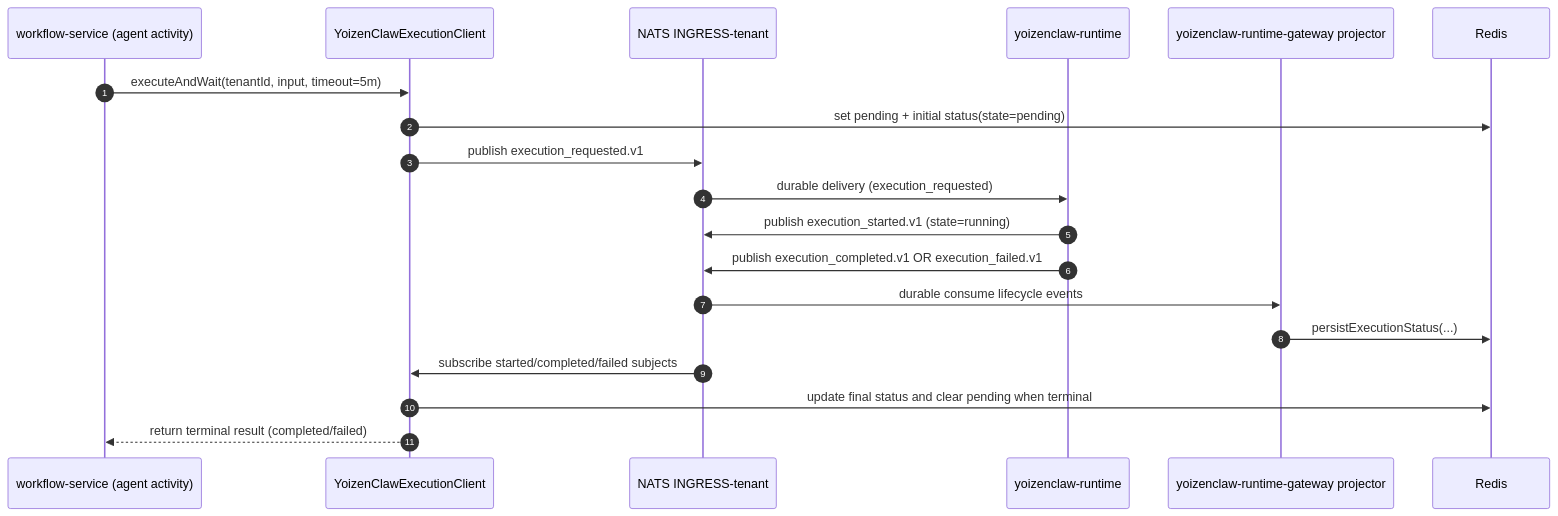
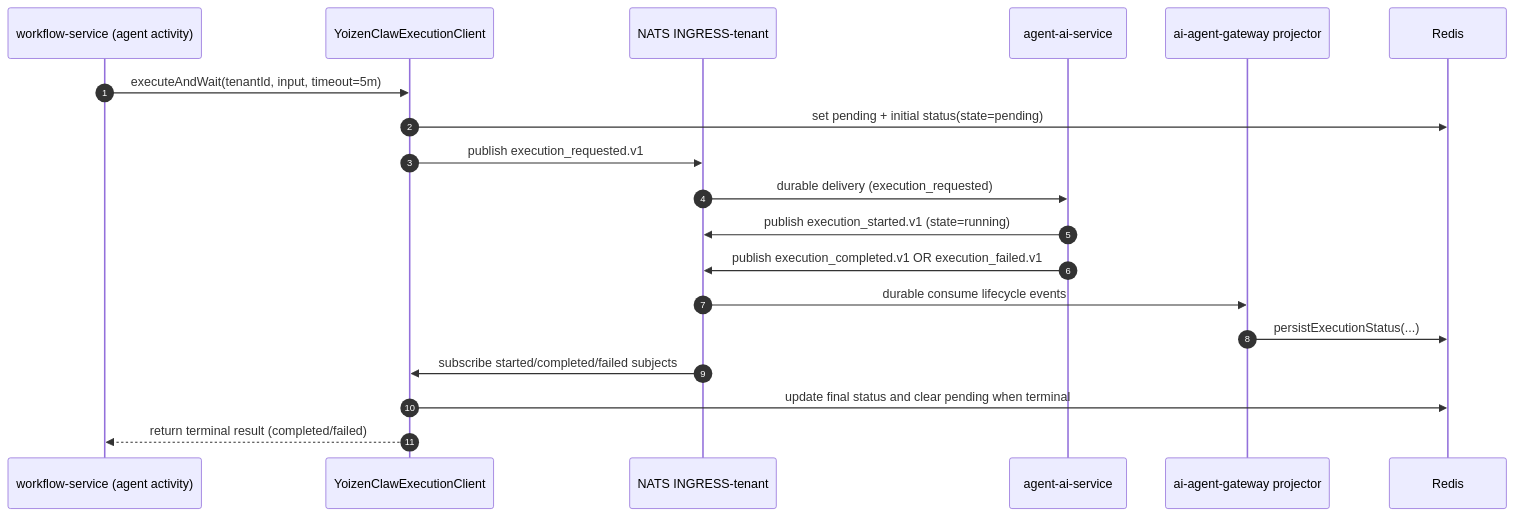
One commit to ccarnero/colloqui changed the diagram in DOCS/05-AGENT-EXECUTION-FLOW.md. Above: the diagram before and after it, drawn with Mermaid. The commit also changed other lines of this file and 1226 other files, not shown here.

````diff
--- a/DOCS/05-AGENT-EXECUTION-FLOW.md
+++ b/DOCS/05-AGENT-EXECUTION-FLOW.md
@@ -20,25 +20,25 @@
 ```mermaid
 sequenceDiagram
     autonumber
     participant WFW as workflow-service (agent activity)
     participant YEC as YoizenClawExecutionClient
     participant NATS as NATS INGRESS-tenant
-    participant YZR as yoizenclaw-runtime
-    participant YZG as yoizenclaw-runtime-gateway projector
+    participant YZR as agent-ai-service
+    participant YZG as ai-agent-gateway projector
     participant Redis as Redis
 
     WFW->>YEC: executeAndWait(tenantId, input, timeout=5m)
     YEC->>Redis: set pending + initial status(state=pending)
     YEC->>NATS: publish execution_requested.v1
 
     NATS->>YZR: durable delivery (execution_requested)
     YZR->>NATS: publish execution_started.v1 (state=running)
     YZR->>NATS: publish execution_completed.v1 OR execution_failed.v1
 
     NATS->>YZG: durable consume lifecycle events
     YZG->>Redis: persistExecutionStatus(...)
 
     NATS->>YEC: subscribe started/completed/failed subjects
     YEC->>Redis: update final status and clear pending when terminal
     YEC-->>WFW: return terminal result (completed/failed)
 ```
````
